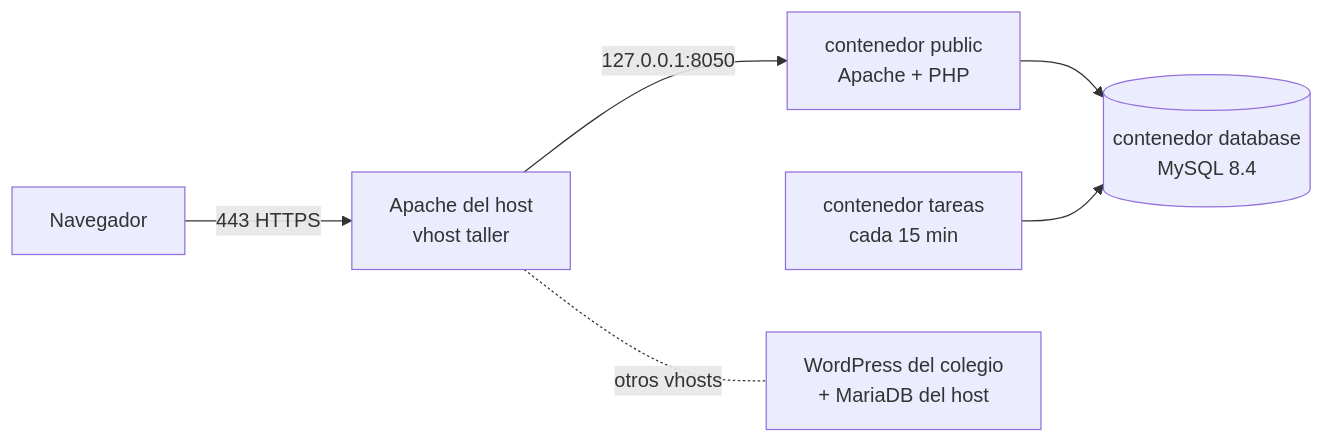
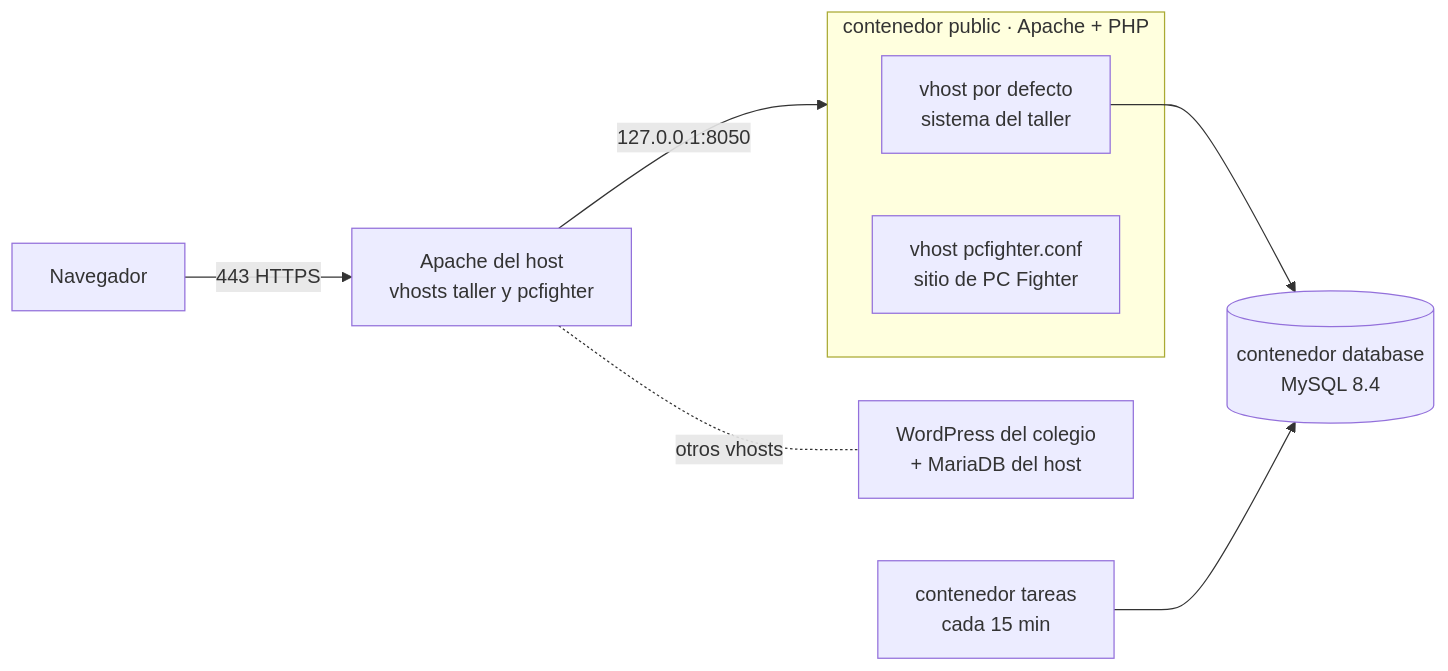
The diagram in DESPLIEGUE.md (Varucard/abel_mecanica), drawn with Mermaid before and after one commit. The commit also changed other lines of this file, not shown here.

First line of the commit message:
Documentar el sitio de PC Fighter en el contenedor public

````diff
--- a/DESPLIEGUE.md
+++ b/DESPLIEGUE.md
@@ -25,8 +25,12 @@
 ```mermaid
 flowchart LR
-  N[Navegador] -->|443 HTTPS| AP[Apache del host<br/>vhost taller]
-  AP -->|127.0.0.1:8050| PUB[contenedor public<br/>Apache + PHP]
-  PUB --> DB[(contenedor database<br/>MySQL 8.4)]
+  N[Navegador] -->|443 HTTPS| AP[Apache del host<br/>vhosts taller y pcfighter]
+  AP -->|127.0.0.1:8050| PUB
+  subgraph PUB[contenedor public · Apache + PHP]
+    TA[vhost por defecto<br/>sistema del taller]
+    PCF[vhost pcfighter.conf<br/>sitio de PC Fighter]
+  end
+  TA --> DB[(contenedor database<br/>MySQL 8.4)]
   TAR[contenedor tareas<br/>cada 15 min] --> DB
   AP -.otros vhosts.- WP[WordPress del colegio<br/>+ MariaDB del host]
 ```
````
